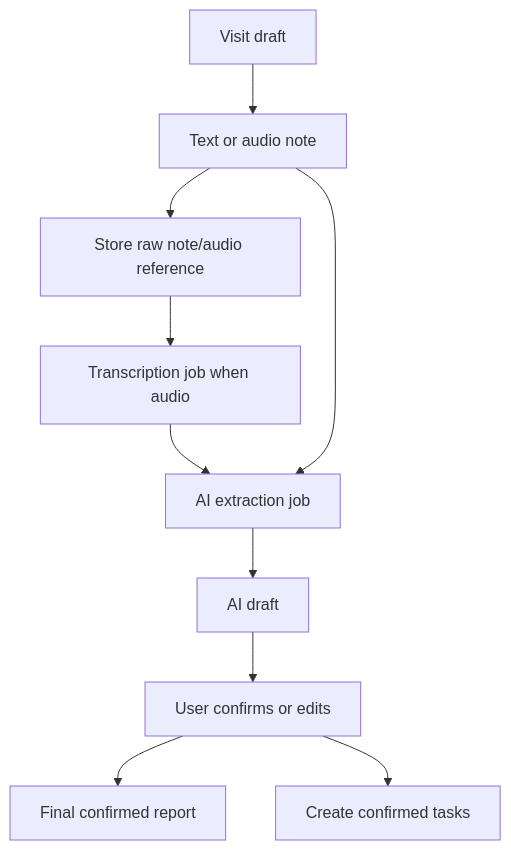
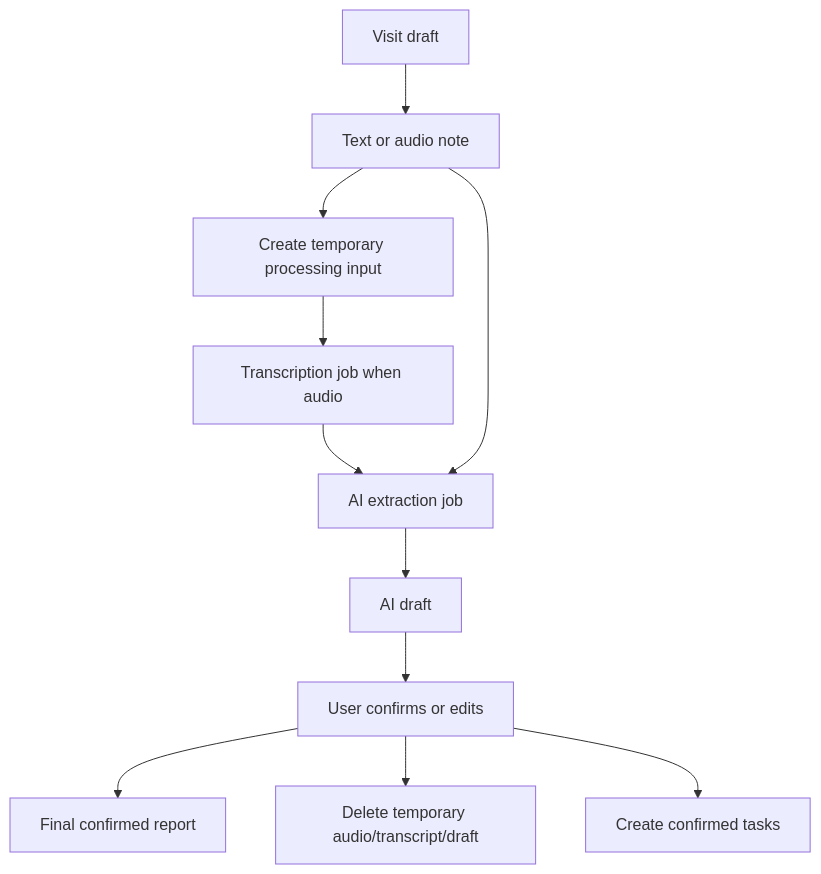
The fourth of 4 diagrams in docs/vizitum-high-level-technical-design.md (IhorKiy/VIZITUM), drawn with Mermaid before and after one commit. The commit also changed other lines of this file and 11 other files, not shown here.

````diff
--- a/docs/vizitum-high-level-technical-design.md
+++ b/docs/vizitum-high-level-technical-design.md
@@ -542,12 +541,13 @@
 ```mermaid
 flowchart TD
   Visit["Visit draft"] --> Note["Text or audio note"]
-  Note --> Store["Store raw note/audio reference"]
+  Note --> Store["Create temporary processing input"]
   Store --> Transcribe["Transcription job when audio"]
   Transcribe --> Extract["AI extraction job"]
   Note --> Extract
   Extract --> Draft["AI draft"]
   Draft --> Confirm["User confirms or edits"]
   Confirm --> Final["Final confirmed report"]
+  Confirm --> Cleanup["Delete temporary audio/transcript/draft"]
   Confirm --> Tasks["Create confirmed tasks"]
 ```
````
